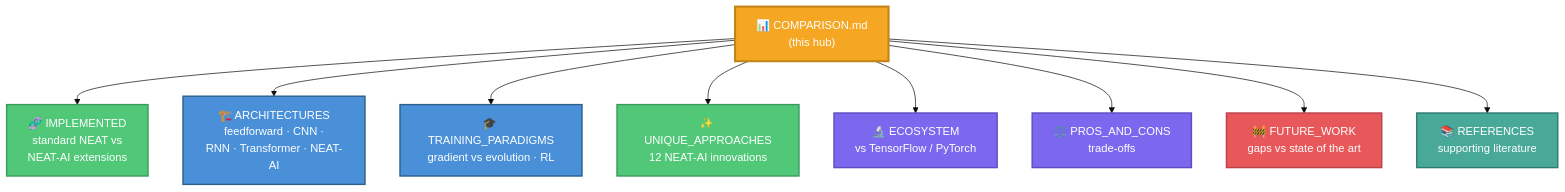
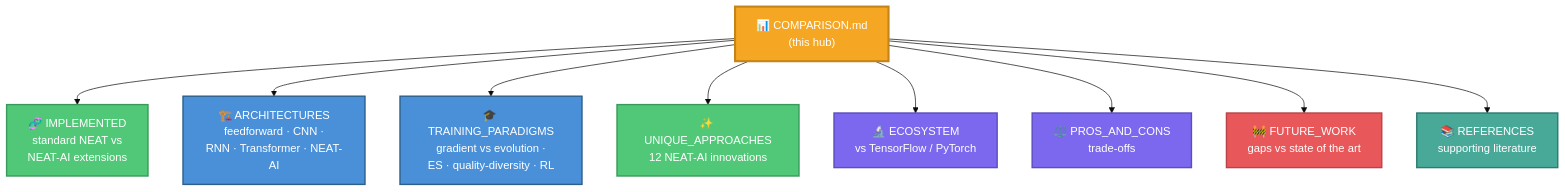
The diagram in COMPARISON.md (stSoftwareAU/NEAT-AI), drawn with Mermaid (base theme) before and after one commit. The commit also changed other lines of this file and 3 other files, not shown here.

````diff
--- a/COMPARISON.md
+++ b/COMPARISON.md
@@ -26,22 +26,22 @@
 ```mermaid
 flowchart TD
     Hub["📊 COMPARISON.md<br/>(this hub)"]
     Hub --> Impl["🧬 IMPLEMENTED<br/>standard NEAT vs<br/>NEAT-AI extensions"]
     Hub --> Arch["🏗️ ARCHITECTURES<br/>feedforward · CNN ·<br/>RNN · Transformer · NEAT-AI"]
-    Hub --> Train["🎓 TRAINING_PARADIGMS<br/>gradient vs evolution · RL"]
+    Hub --> Train["🎓 TRAINING_PARADIGMS<br/>gradient vs evolution ·<br/>ES · quality-diversity · RL"]
     Hub --> Uniq["✨ UNIQUE_APPROACHES<br/>12 NEAT-AI innovations"]
     Hub --> Eco["🔬 ECOSYSTEM<br/>vs TensorFlow / PyTorch"]
     Hub --> Pros["⚖️ PROS_AND_CONS<br/>trade-offs"]
     Hub --> Future["🚧 FUTURE_WORK<br/>gaps vs state of the art"]
     Hub --> Ref["📚 REFERENCES<br/>supporting literature"]
 
     style Hub fill:#F5A623,stroke:#C48418,color:#fff,stroke-width:3px
     style Impl fill:#50C878,stroke:#3A9A5C,color:#fff,stroke-width:2px
     style Arch fill:#4A90D9,stroke:#2C5F8A,color:#fff,stroke-width:2px
     style Train fill:#4A90D9,stroke:#2C5F8A,color:#fff,stroke-width:2px
     style Uniq fill:#50C878,stroke:#3A9A5C,color:#fff,stroke-width:2px
     style Eco fill:#7B68EE,stroke:#5A4DBE,color:#fff,stroke-width:2px
     style Pros fill:#7B68EE,stroke:#5A4DBE,color:#fff,stroke-width:2px
     style Future fill:#E8575A,stroke:#B8444A,color:#fff,stroke-width:2px
     style Ref fill:#48A999,stroke:#2E7A6E,color:#fff,stroke-width:2px
 ```
````
